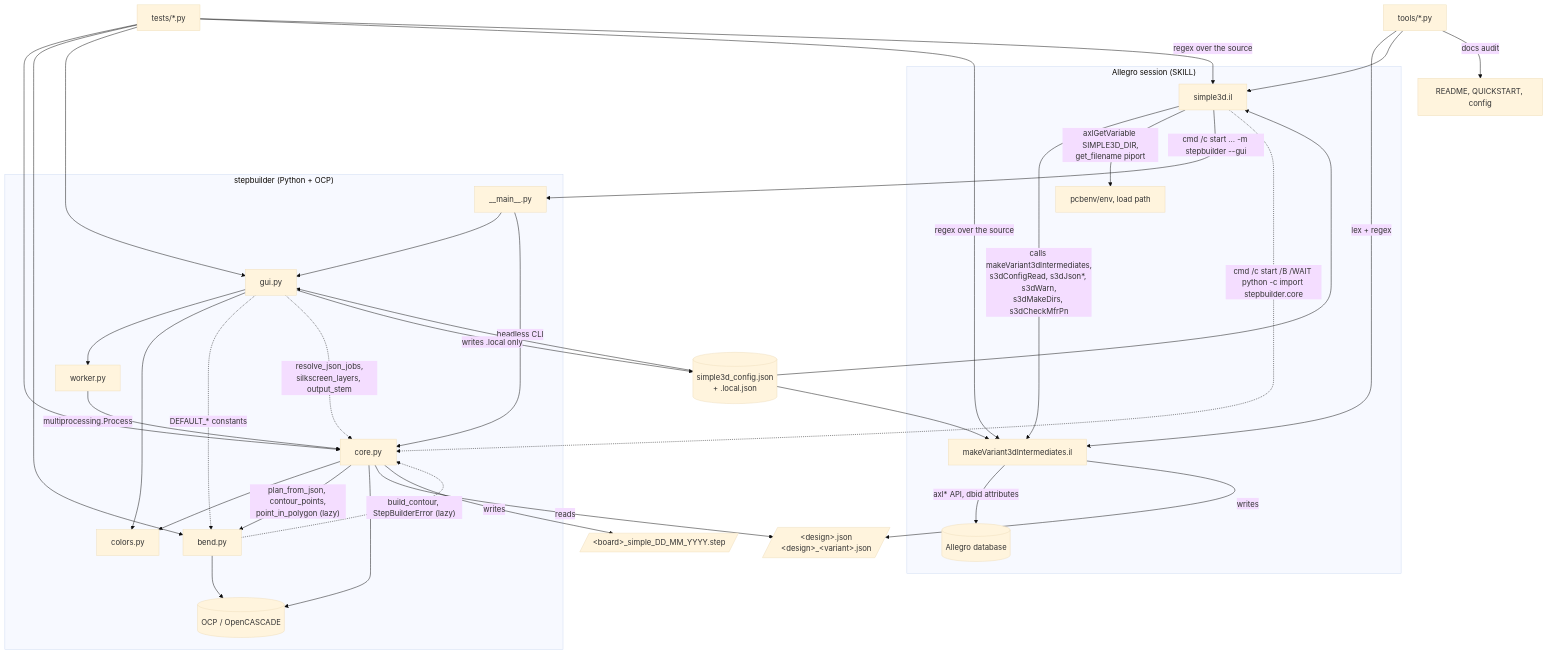
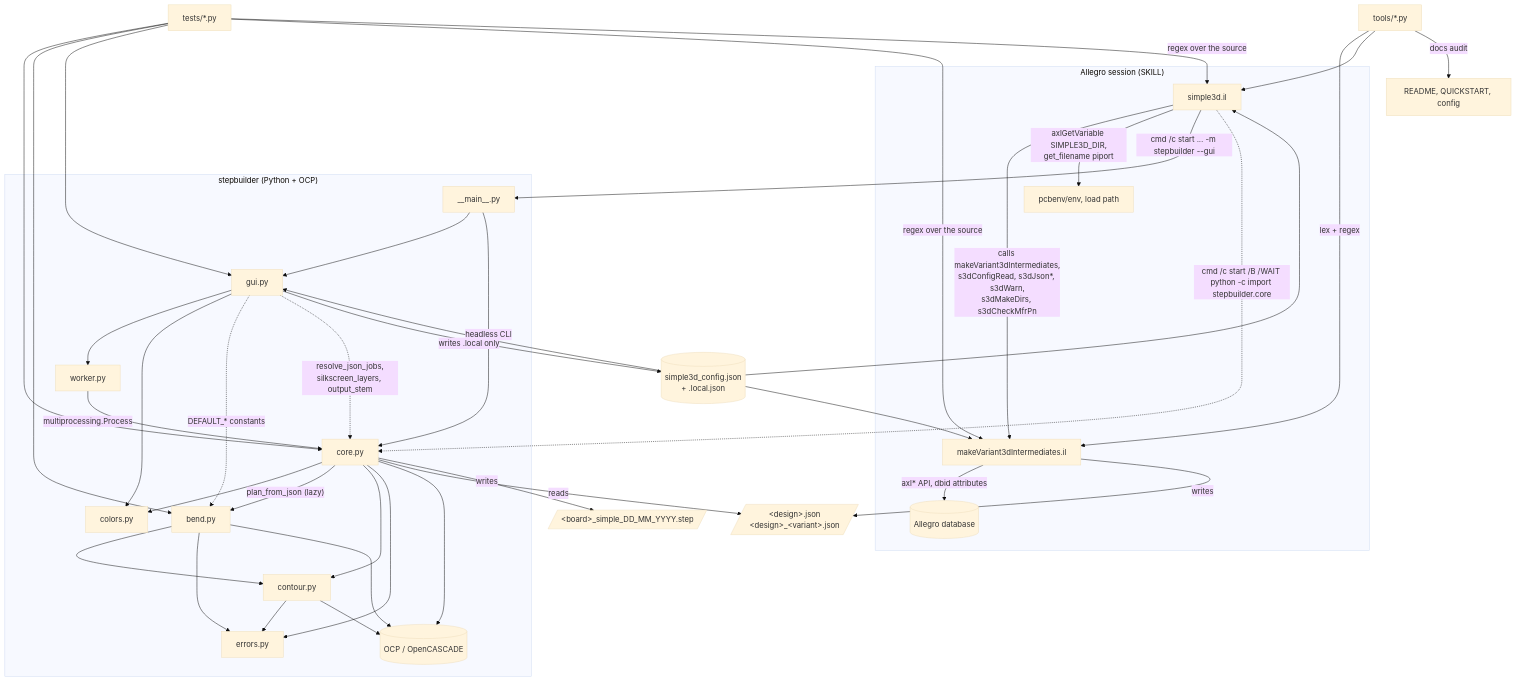
One commit to karlsonrwa/Simple3D changed the first of 2 diagrams in ARCHITECTURE.md. Above: the diagram before and after it, drawn with Mermaid (base theme). The commit also changed other lines of this file and 7 other files, not shown here.

First line of the commit message:
Move the contour primitives out of core and bend, and break their cycle

````diff
--- a/ARCHITECTURE.md
+++ b/ARCHITECTURE.md
@@ -74,43 +80,48 @@
 ```mermaid
 graph TD
     subgraph Allegro["Allegro session (SKILL)"]
         S3D[simple3d.il] -->|"calls makeVariant3dIntermediates,<br/>s3dConfigRead, s3dJson*, s3dWarn,<br/>s3dMakeDirs, s3dCheckMfrPn"| MVI[makeVariant3dIntermediates.il]
         MVI -->|"axl* API, dbid attributes"| DB[(Allegro database)]
         S3D -->|"axlGetVariable SIMPLE3D_DIR,<br/>get_filename piport"| ENV[pcbenv/env, load path]
     end
 
     MVI -->|writes| JSON[/"&lt;design&gt;.json<br/>&lt;design&gt;_&lt;variant&gt;.json"/]
     S3D -->|"cmd /c start ... -m stepbuilder --gui"| MAIN[__main__.py]
     S3D -.->|"cmd /c start /B /WAIT python -c import stepbuilder.core"| CORE
 
     subgraph Python["stepbuilder (Python + OCP)"]
         MAIN --> GUI[gui.py]
         MAIN -->|headless CLI| CORE[core.py]
         GUI --> WORKER[worker.py]
         GUI --> COLORS[colors.py]
         GUI -.->|"DEFAULT_* constants"| BEND[bend.py]
         GUI -.->|"resolve_json_jobs,<br/>silkscreen_layers, output_stem"| CORE
         WORKER -->|"multiprocessing.Process"| CORE
         CORE --> COLORS
-        CORE -->|"plan_from_json, contour_points,<br/>point_in_polygon (lazy)"| BEND
-        BEND -.->|"build_contour, StepBuilderError (lazy)"| CORE
+        CORE -->|"plan_from_json (lazy)"| BEND
+        CORE --> CONTOUR[contour.py]
+        BEND --> CONTOUR
+        CONTOUR --> ERRORS[errors.py]
+        CORE --> ERRORS
+        BEND --> ERRORS
+        CONTOUR --> OCP
         CORE --> OCP[(OCP / OpenCASCADE)]
         BEND --> OCP
     end
 
     CORE -->|reads| JSON
     CORE -->|writes| STEP[/"&lt;board&gt;_simple_DD_MM_YYYY.step"/]
     CFG[(simple3d_config.json<br/>+ .local.json)] --> S3D
     CFG --> MVI
     CFG --> GUI
     GUI -->|writes .local only| CFG
 
     TESTS[tests/*.py] --> CORE
     TESTS --> BEND
     TESTS --> GUI
     TESTS -->|"regex over the source"| MVI
     TESTS -->|"regex over the source"| S3D
     TOOLS[tools/*.py] -->|"lex + regex"| MVI
     TOOLS --> S3D
     TOOLS -->|"docs audit"| DOCS[README, QUICKSTART, config]
 ```
````
